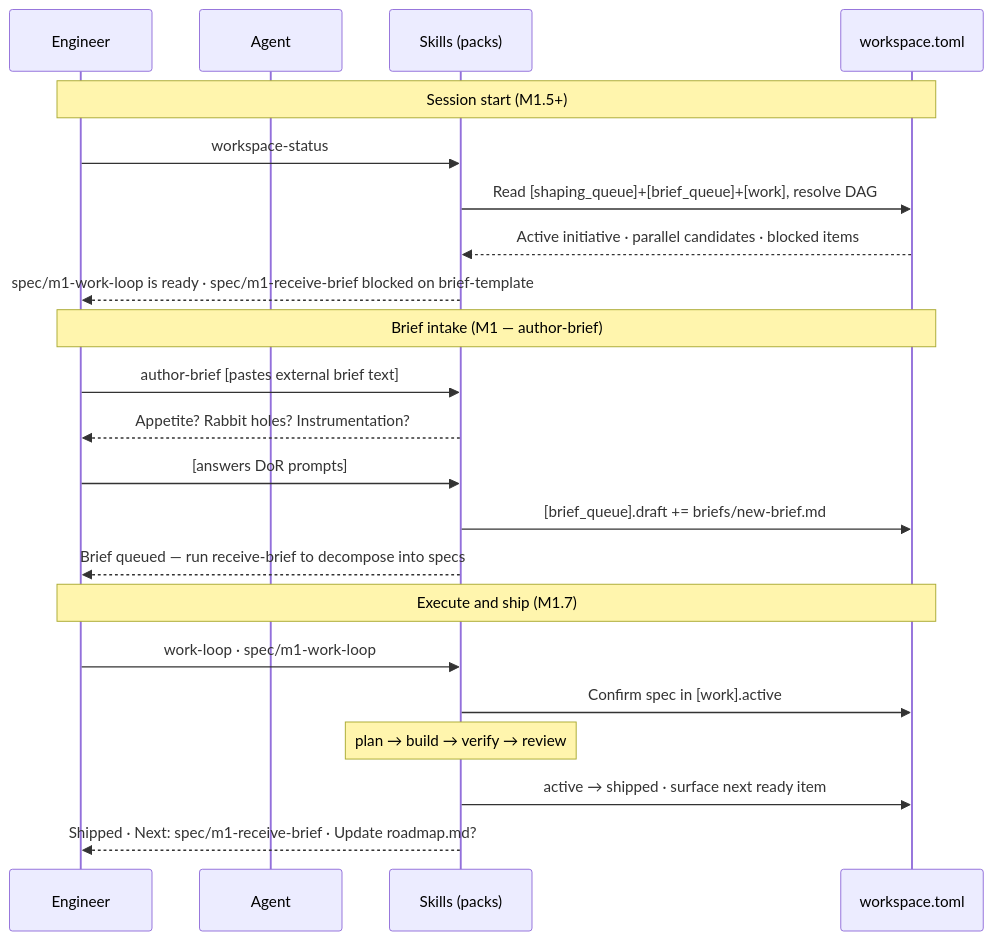
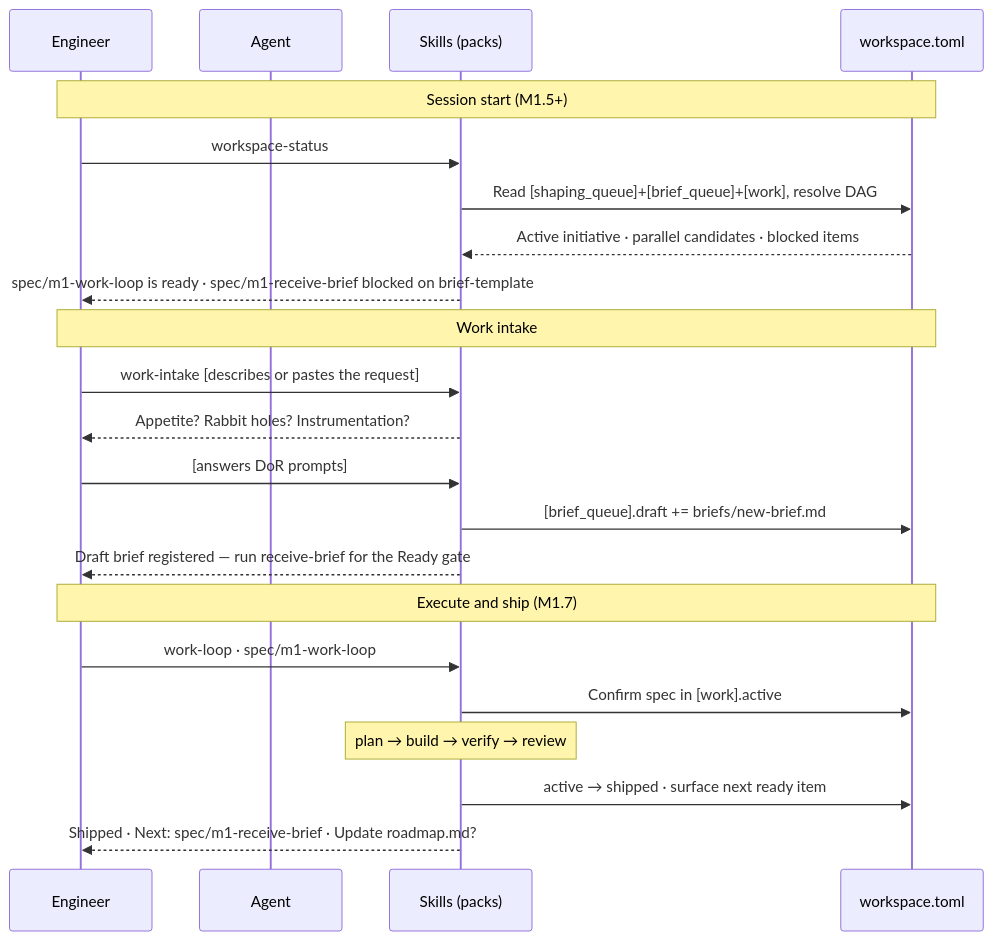
Before and after one commit to eugenelim/agent-ready-repo: the diagram in docs/product/journeys/engineer-adopts-coordination.md, drawn with Mermaid. The commit also changed other lines of this file and 94 other files, not shown here.

First line of the commit message:
feat(core): add canonical work-intake routing

````diff
--- a/docs/product/journeys/engineer-adopts-coordination.md
+++ b/docs/product/journeys/engineer-adopts-coordination.md
@@ -51,27 +51,27 @@
 ```mermaid
 sequenceDiagram
     participant H as Engineer
     participant A as Agent
     participant SK as Skills (packs)
     participant WS as workspace.toml
 
     Note over H,WS: Session start (M1.5+)
     H->>SK: workspace-status
     SK->>WS: Read [shaping_queue]+[brief_queue]+[work], resolve DAG
     WS-->>SK: Active initiative · parallel candidates · blocked items
     SK-->>H: spec/m1-work-loop is ready · spec/m1-receive-brief blocked on brief-template
 
-    Note over H,WS: Brief intake (M1 — author-brief)
-    H->>SK: author-brief [pastes external brief text]
+    Note over H,WS: Work intake
+    H->>SK: work-intake [describes or pastes the request]
     SK-->>H: Appetite? Rabbit holes? Instrumentation?
     H->>SK: [answers DoR prompts]
     SK->>WS: [brief_queue].draft += briefs/new-brief.md
-    SK-->>H: Brief queued — run receive-brief to decompose into specs
+    SK-->>H: Draft brief registered — run receive-brief for the Ready gate
 
     Note over H,WS: Execute and ship (M1.7)
     H->>SK: work-loop · spec/m1-work-loop
     SK->>WS: Confirm spec in [work].active
     Note over SK: plan → build → verify → review
     SK->>WS: active → shipped · surface next ready item
     SK-->>H: Shipped · Next: spec/m1-receive-brief · Update roadmap.md?
 ```
````
